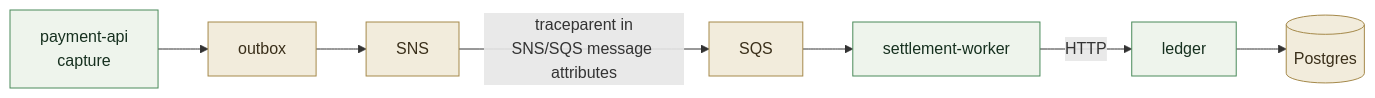
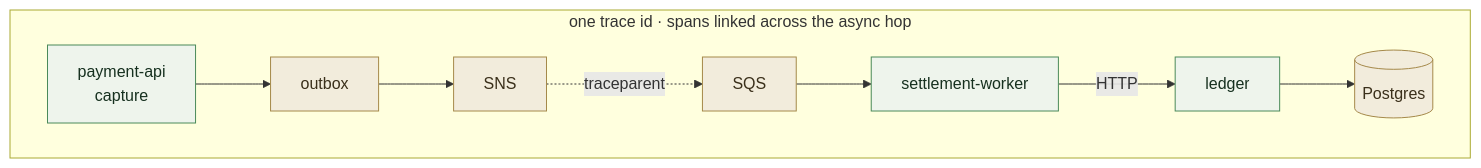
Before and after one commit to marciomarinho/paylane: the second of 2 diagrams in README.md, drawn with Mermaid.

Commit message:
docs: declutter trace diagram — frame the flow, dash the traceparent hop
The long inline edge label rendered as a big block between SNS and SQS,
reading like an extra node. Move 'one trace id' into the subgraph title
and mark the async hop with a short dashed 'traceparent' edge.

````diff
--- a/README.md
+++ b/README.md
@@ -193,15 +193,17 @@
 ```mermaid
 flowchart LR
-    cap["payment-api<br/>capture"]:::svc
-    ob["outbox"]:::infra
-    sns["SNS"]:::infra
-    sqs["SQS"]:::infra
-    sw["settlement-worker"]:::svc
-    lg["ledger"]:::svc
-    pg[("Postgres")]:::infra
-
-    cap --> ob --> sns -->|"traceparent in<br/>SNS/SQS message attributes"| sqs --> sw -->|"HTTP"| lg --> pg
+    subgraph trace["one trace id · spans linked across the async hop"]
+      direction LR
+      cap["payment-api<br/>capture"]:::svc
+      ob["outbox"]:::infra
+      sns["SNS"]:::infra
+      sqs["SQS"]:::infra
+      sw["settlement-worker"]:::svc
+      lg["ledger"]:::svc
+      pg[("Postgres")]:::infra
+      cap --> ob --> sns -. "traceparent" .-> sqs --> sw -->|"HTTP"| lg --> pg
+    end
 
     classDef svc fill:#eef4ec,stroke:#4a8a5a,color:#16301f;
     classDef infra fill:#f2ecdc,stroke:#a5894a,color:#3a2f1a;
 ```
````
